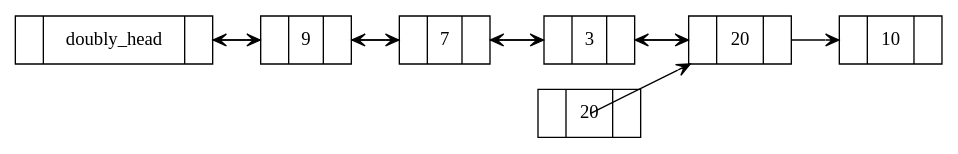
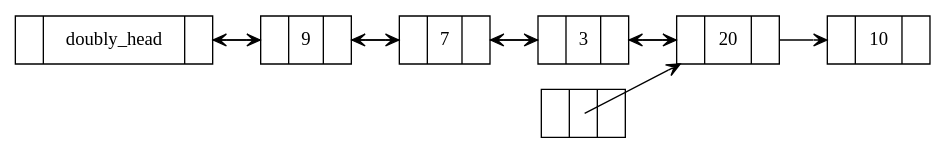
Before and after one commit to nshshk/Data_Structure_Algorithm: the diagram in linked_list/2_doubly_linked_list/27.dot, drawn with Graphviz. The commit also changed 9 other files, not shown here.

```diff
--- a/linked_list/2_doubly_linked_list/27.dot
+++ b/linked_list/2_doubly_linked_list/27.dot
@@ -1,22 +1,22 @@
 digraph single_linked_list {
         rankdir=LR;
         node [shape=record];
         head [label="{ <prev> | doubly_head | <next>  }"]
         a [label="{ <prev> | 3 | <next>  }"]
         b [label="{ <prev> | 7 | <next>  }"]
         c [label="{ <prev> | 9 | <next>  }"]
         d [label="{ <prev> | 20 | <next>  }"]
         e [label="{ <prev> | 10 | <next>  }"]
-        temp_node [label="{ <prev> | 20 | <next>  }"]
+        temp_node [label="{ <prev> | | <next>  }"]
         //null [shape=none, label="null"];
         head:next -> c [arrowhead=vee, tailclip=false];
         c:next -> b[arrowhead=vee, tailclip=false];
         c:prev -> head[arrowhead=vee, tailclip=false];
         b:next -> a[arrowhead=vee, tailclip=false];
         b:prev -> c[arrowhead=vee, tailclip=false];
         a:next -> d[arrowhead=vee, tailclip=false];
         a:prev -> b[arrowhead=vee, tailclip=false];
         d:prev -> a[arrowhead=vee, tailclip=false];
         d:next-> e[arrowhead=vee, tailclip=false];
         temp_node -> d[arrowhead=vee, tailclip=false];
 }
```
